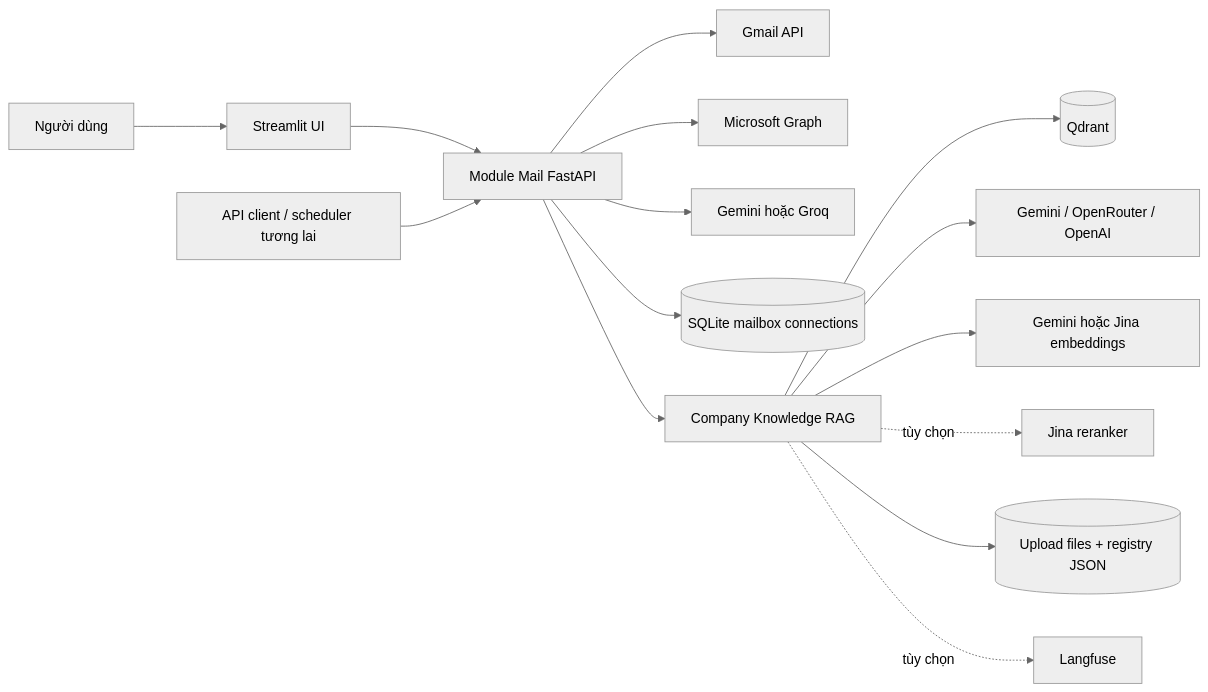
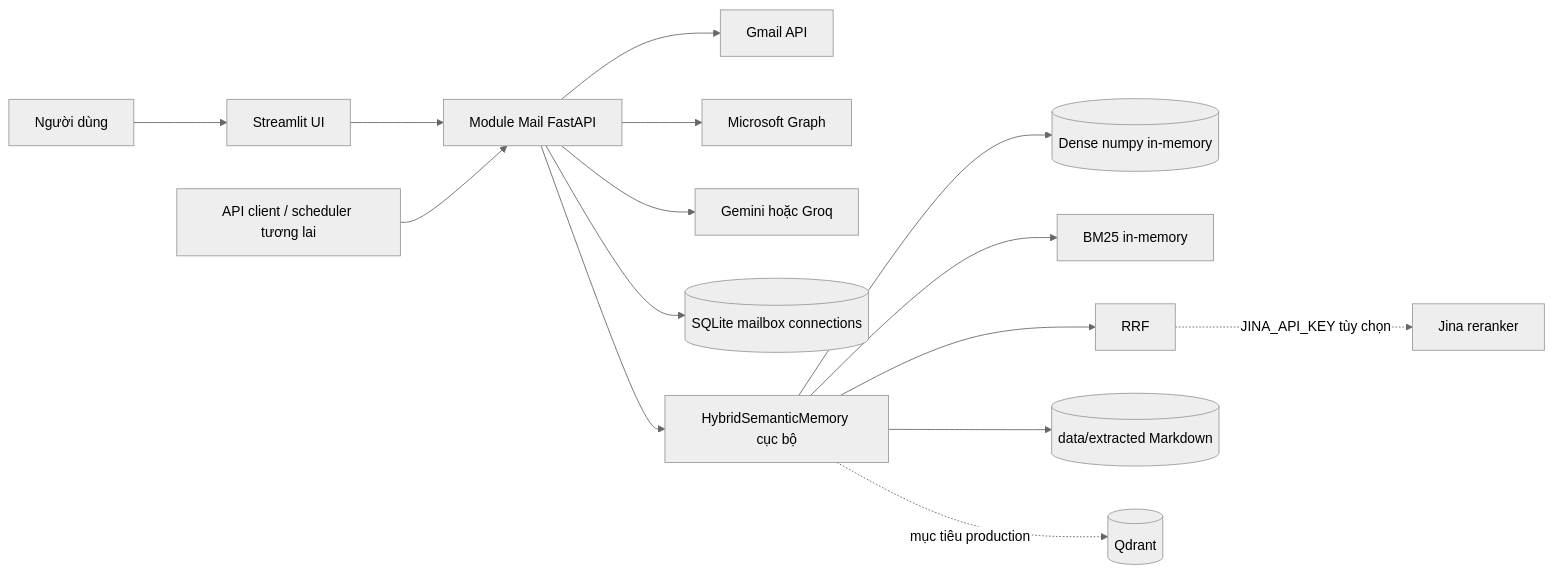
One commit to MathematicGuy/EMAIL-AGENT-v1 changed the first of 6 diagrams in docs/references/EMAIL-RAG-ARCHITECHTURE.md. Above: the diagram before and after it, drawn with Mermaid (neutral theme). The commit also changed other lines of this file and 17 other files, not shown here.

Commit message:
feat: add hybrid RAG retrieval with safe reranking

````diff
--- a/docs/references/EMAIL-RAG-ARCHITECHTURE.md
+++ b/docs/references/EMAIL-RAG-ARCHITECHTURE.md
@@ -30,19 +30,19 @@
 ```mermaid
 flowchart LR
     User[Người dùng] --> UI[Streamlit UI]
     UI --> API[Module Mail FastAPI]
     Client[API client / scheduler tương lai] --> API
 
     API --> Gmail[Gmail API]
     API --> Graph[Microsoft Graph]
     API --> ExtractLLM[Gemini hoặc Groq]
     API --> SQLite[(SQLite mailbox connections)]
 
-    API --> RAG[Company Knowledge RAG]
-    RAG --> Qdrant[(Qdrant)]
-    RAG --> GenLLM[Gemini / OpenRouter / OpenAI]
-    RAG --> Embed[Gemini hoặc Jina embeddings]
-    RAG -. tùy chọn .-> Rerank[Jina reranker]
-    RAG --> Files[(Upload files + registry JSON)]
-    RAG -. tùy chọn .-> Langfuse[Langfuse]
+    API --> RAG[HybridSemanticMemory cục bộ]
+    RAG --> Dense[(Dense numpy in-memory)]
+    RAG --> BM25[BM25 in-memory]
+    RAG --> Fusion[RRF]
+    Fusion -. JINA_API_KEY tùy chọn .-> Rerank[Jina reranker]
+    RAG --> Files[(data/extracted Markdown)]
+    RAG -. mục tiêu production .-> Qdrant[(Qdrant)]
 ```
````
